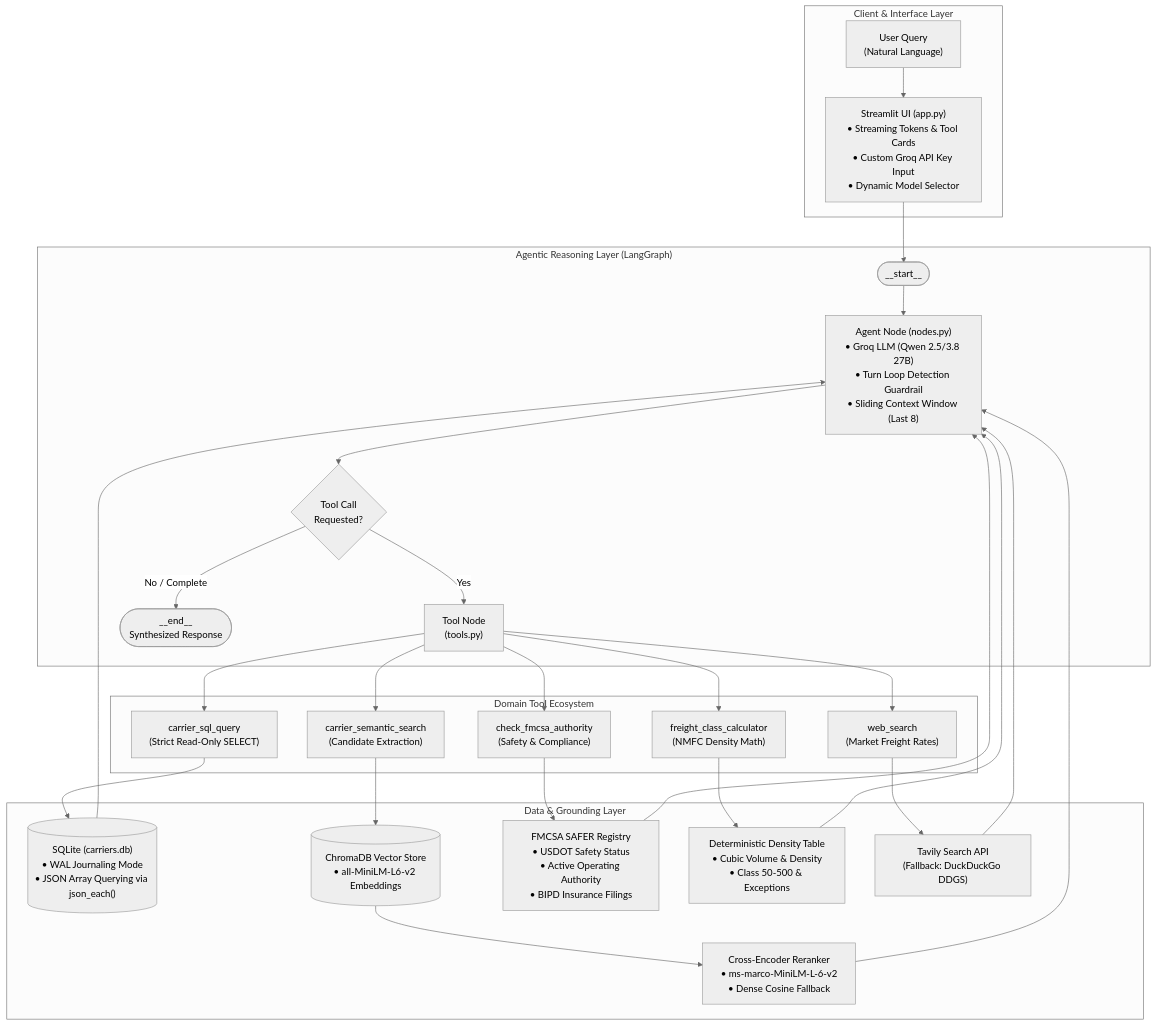
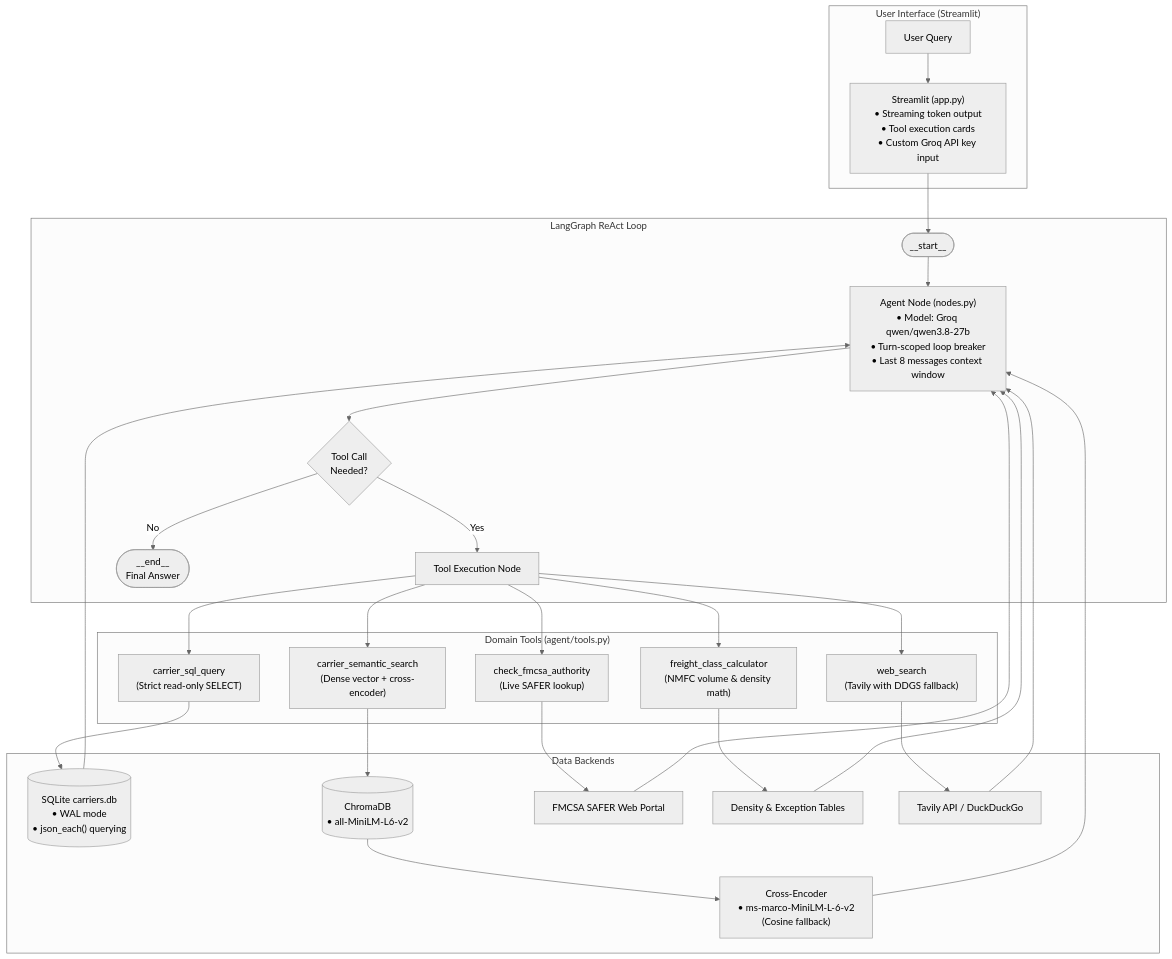
Before and after one commit to yyouretoast/freightiq: the diagram in README.md, drawn with Mermaid (neutral theme). The commit also changed other lines of this file, not shown here.

````diff
--- a/README.md
+++ b/README.md
@@ -73,63 +75,55 @@
 ```mermaid
 flowchart TD
-    subgraph Client ["Client & Interface Layer"]
-        User["User Query
-(Natural Language)"] --> UI["Streamlit UI (app.py)
-• Streaming Tokens & Tool Cards
-• Custom Groq API Key Input
-• Dynamic Model Selector"]
+    subgraph UI ["User Interface (Streamlit)"]
+        User["User Query"] --> App["Streamlit (app.py)
+• Streaming token output
+• Tool execution cards
+• Custom Groq API key input"]
     end
 
-    subgraph Orchestration ["Agentic Reasoning Layer (LangGraph)"]
-        UI --> StartNode(["__start__"])
+    subgraph AgentLoop ["LangGraph ReAct Loop"]
+        App --> StartNode(["__start__"])
         StartNode --> Agent["Agent Node (nodes.py)
-• Groq LLM (Qwen 2.5/3.8 27B)
-• Turn Loop Detection Guardrail
-• Sliding Context Window (Last 8)"]
-        Agent --> Decision{"Tool Call
-Requested?"}
-        Decision -- "Yes" --> ToolRouter["Tool Node
-(tools.py)"]
-        Decision -- "No / Complete" --> EndNode(["__end__
-Synthesized Response"])
+• Model: Groq qwen/qwen3.8-27b
+• Turn-scoped loop breaker
+• Last 8 messages context window"]
+        Agent --> Router{"Tool Call
+Needed?"}
+        Router -- "Yes" --> ToolNode["Tool Execution Node"]
+        Router -- "No" --> EndNode(["__end__
+Final Answer"])
     end
 
-    subgraph ToolEcosystem ["Domain Tool Ecosystem"]
-        ToolRouter --> T1["carrier_sql_query
-(Strict Read-Only SELECT)"]
-        ToolRouter --> T2["carrier_semantic_search
-(Candidate Extraction)"]
-        ToolRouter --> T3["check_fmcsa_authority
-(Safety & Compliance)"]
-        ToolRouter --> T4["freight_class_calculator
-(NMFC Density Math)"]
-        ToolRouter --> T5["web_search
-(Market Freight Rates)"]
+    subgraph Tools ["Domain Tools (agent/tools.py)"]
+        ToolNode --> T1["carrier_sql_query
+(Strict read-only SELECT)"]
+        ToolNode --> T2["carrier_semantic_search
+(Dense vector + cross-encoder)"]
+        ToolNode --> T3["check_fmcsa_authority
+(Live SAFER lookup)"]
+        ToolNode --> T4["freight_class_calculator
+(NMFC volume & density math)"]
+        ToolNode --> T5["web_search
+(Tavily with DDGS fallback)"]
     end
 
-    subgraph DataStorage ["Data & Grounding Layer"]
-        T1 --> SQLite[("SQLite (carriers.db)
-• WAL Journaling Mode
-• JSON Array Querying via json_each()")]
-        T2 --> Chroma[("ChromaDB Vector Store
-• all-MiniLM-L6-v2 Embeddings")]
-        Chroma --> CrossEnc["Cross-Encoder Reranker
+    subgraph Backends ["Data Backends"]
+        T1 --> SQLite[("SQLite carriers.db
+• WAL mode
+• json_each() querying")]
+        T2 --> Chroma[("ChromaDB
+• all-MiniLM-L6-v2")]
+        Chroma --> CrossEncoder["Cross-Encoder
 • ms-marco-MiniLM-L-6-v2
-• Dense Cosine Fallback"]
-        T3 --> SAFER["FMCSA SAFER Registry
-• USDOT Safety Status
-• Active Operating Authority
-• BIPD Insurance Filings"]
-        T4 --> NMFC["Deterministic Density Table
-• Cubic Volume & Density
-• Class 50-500 & Exceptions"]
-        T5 --> SearchAPI["Tavily Search API
-(Fallback: DuckDuckGo DDGS)"]
+(Cosine fallback)"]
+        T3 --> SAFER["FMCSA SAFER Web Portal"]
+        T4 --> MathEngine["Density & Exception Tables"]
+        T5 --> SearchBackends["Tavily API / DuckDuckGo"]
     end
 
     SQLite --> Agent
-    CrossEnc --> Agent
+    CrossEncoder --> Agent
     SAFER --> Agent
-    NMFC --> Agent
-    SearchAPI --> Agent
+    MathEngine --> Agent
+    SearchBackends --> Agent
 ```
````
